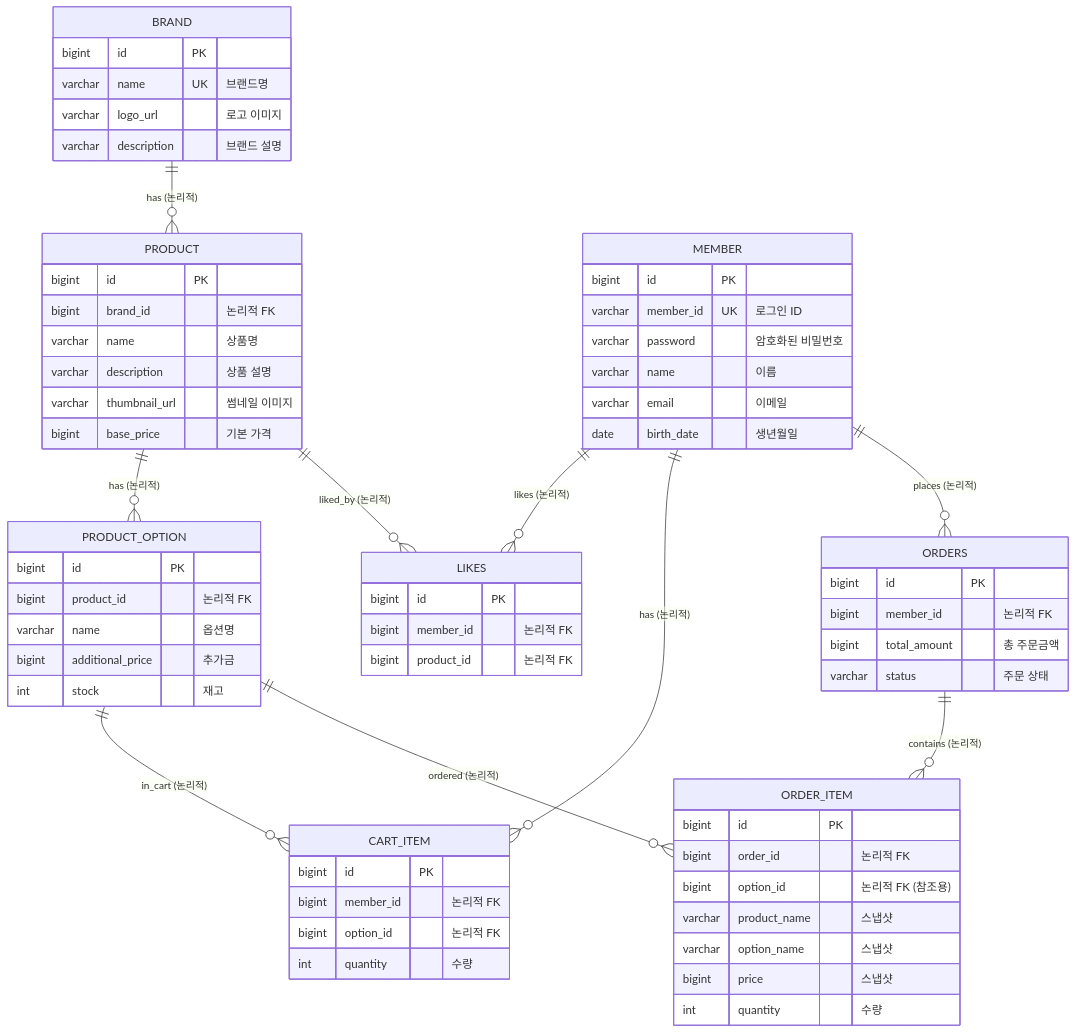
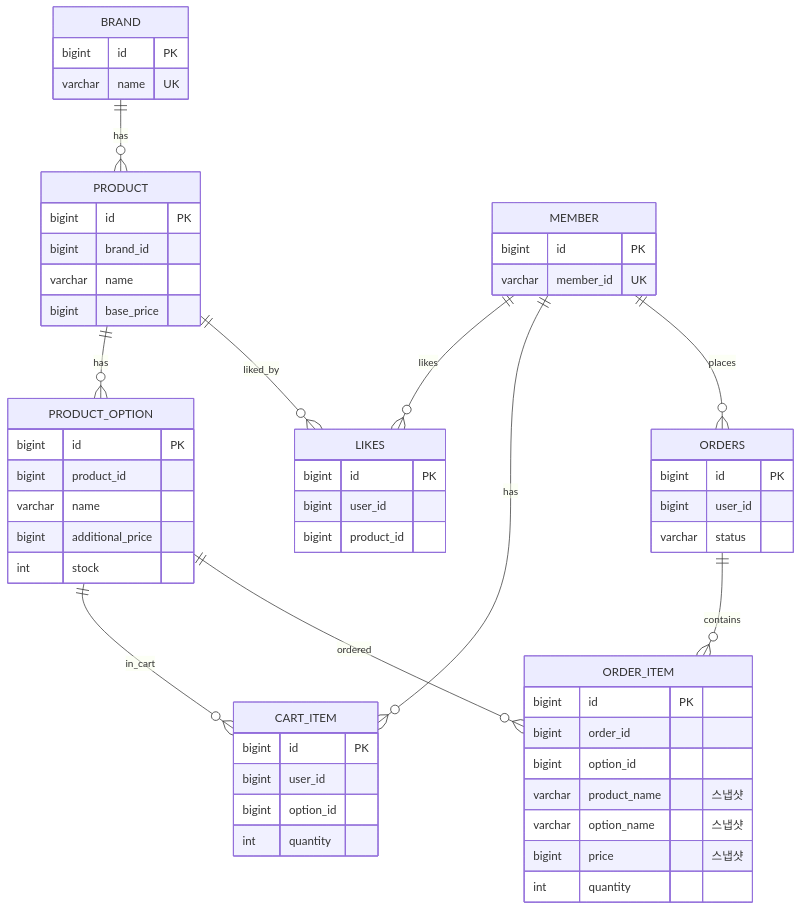
The diagram in docs/design/04-erd.md (Loopers-dev-lab/loop-pack-be-l2-vol3-java), drawn with Mermaid before and after one commit. The commit also changed other lines of this file and 2 other files, not shown here.

````diff
--- a/docs/design/04-erd.md
+++ b/docs/design/04-erd.md
@@ -17,83 +9,66 @@
 ```mermaid
 erDiagram
-    %% ===== Brand & Product =====
-    BRAND ||--o{ PRODUCT : "has (논리적)"
-    PRODUCT ||--o{ PRODUCT_OPTION : "has (논리적)"
+    BRAND ||--o{ PRODUCT : "has"
+    PRODUCT ||--o{ PRODUCT_OPTION : "has"
+    MEMBER ||--o{ LIKES : "likes"
+    PRODUCT ||--o{ LIKES : "liked_by"
+    MEMBER ||--o{ CART_ITEM : "has"
+    PRODUCT_OPTION ||--o{ CART_ITEM : "in_cart"
+    MEMBER ||--o{ ORDERS : "places"
+    ORDERS ||--o{ ORDER_ITEM : "contains"
+    PRODUCT_OPTION ||--o{ ORDER_ITEM : "ordered"
 
-    %% ===== Like (Hard Delete) =====
-    MEMBER ||--o{ LIKES : "likes (논리적)"
-    PRODUCT ||--o{ LIKES : "liked_by (논리적)"
-
-    %% ===== Cart =====
-    MEMBER ||--o{ CART_ITEM : "has (논리적)"
-    PRODUCT_OPTION ||--o{ CART_ITEM : "in_cart (논리적)"
-
-    %% ===== Order =====
-    MEMBER ||--o{ ORDERS : "places (논리적)"
-    ORDERS ||--o{ ORDER_ITEM : "contains (논리적)"
-    PRODUCT_OPTION ||--o{ ORDER_ITEM : "ordered (논리적)"
-
-    %% ===== Table Definitions (BaseEntity 컬럼 제외) =====
     BRAND {
         bigint id PK
-        varchar name UK "브랜드명"
-        varchar logo_url "로고 이미지"
-        varchar description "브랜드 설명"
+        varchar name UK
     }
 
     PRODUCT {
         bigint id PK
-        bigint brand_id "논리적 FK"
-        varchar name "상품명"
-        varchar description "상품 설명"
-        varchar thumbnail_url "썸네일 이미지"
-        bigint base_price "기본 가격"
+        bigint brand_id
+        varchar name
+        bigint base_price
     }
 
     PRODUCT_OPTION {
         bigint id PK
-        bigint product_id "논리적 FK"
-        varchar name "옵션명"
-        bigint additional_price "추가금"
-        int stock "재고"
+        bigint product_id
+        varchar name
+        bigint additional_price
+        int stock
     }
 
     MEMBER {
         bigint id PK
-        varchar member_id UK "로그인 ID"
-        varchar password "암호화된 비밀번호"
-        varchar name "이름"
-        varchar email "이메일"
-        date birth_date "생년월일"
+        varchar member_id UK
     }
 
     LIKES {
         bigint id PK
-        bigint member_id "논리적 FK"
-        bigint product_id "논리적 FK"
+        bigint user_id
+        bigint product_id
     }
 
     CART_ITEM {
         bigint id PK
-        bigint member_id "논리적 FK"
-        bigint option_id "논리적 FK"
-        int quantity "수량"
+        bigint user_id
+        bigint option_id
+        int quantity
     }
 
     ORDERS {
         bigint id PK
-        bigint member_id "논리적 FK"
-        bigint total_amount "총 주문금액"
-        varchar status "주문 상태"
+        bigint user_id
+        varchar status
     }
 
     ORDER_ITEM {
         bigint id PK
-        bigint order_id "논리적 FK"
-        bigint option_id "논리적 FK (참조용)"
+        bigint order_id
+        bigint option_id
         varchar product_name "스냅샷"
         varchar option_name "스냅샷"
         bigint price "스냅샷"
-        int quantity "수량"
+        int quantity
     }
 ```
````
